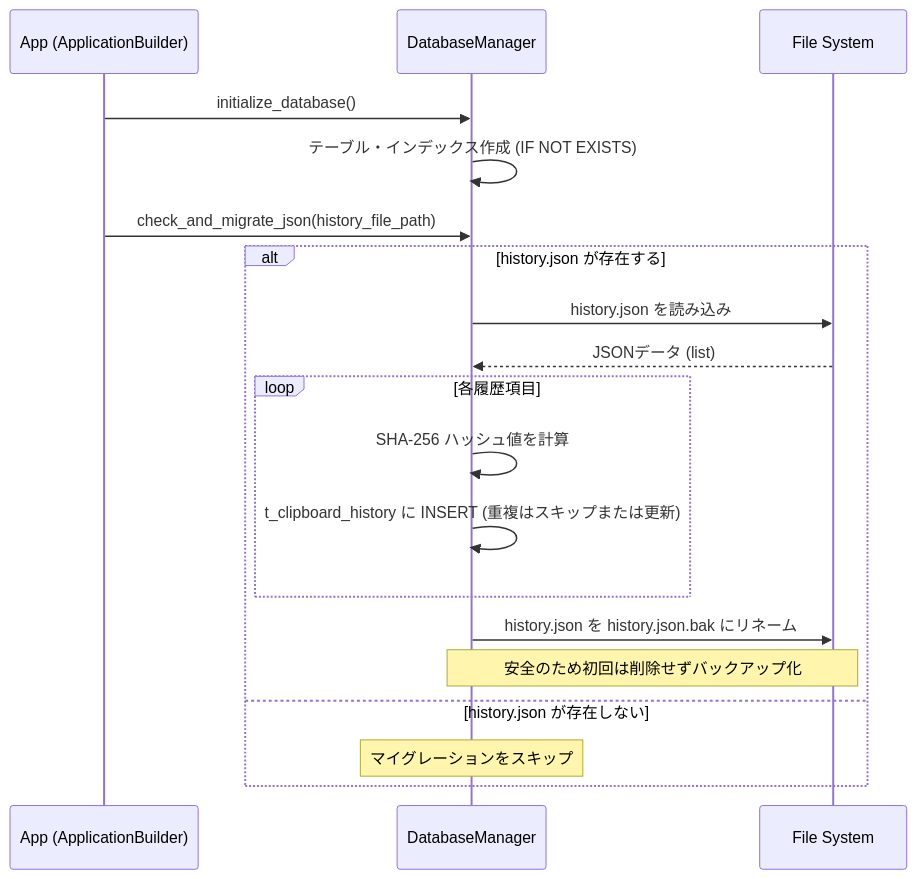
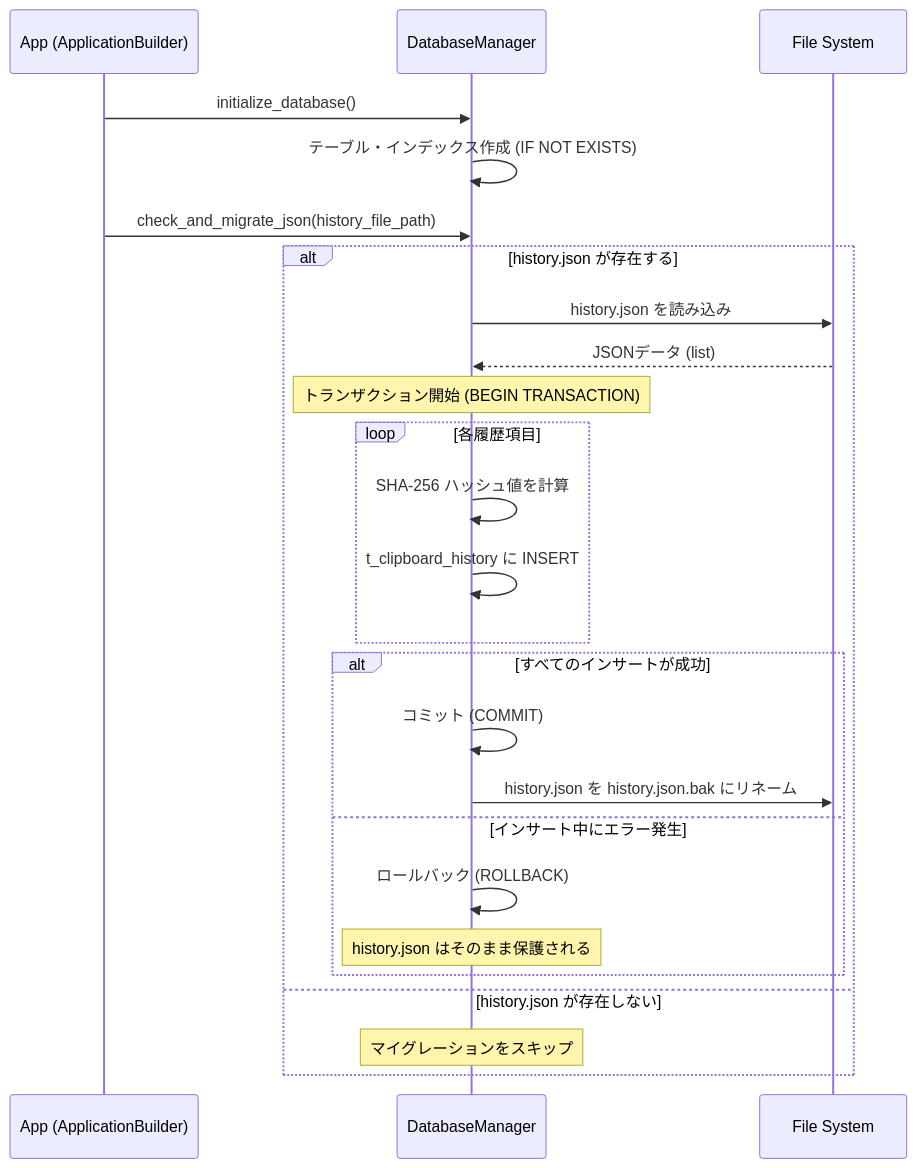
One commit to xzyozi/Clip_Watcher changed the first of 2 diagrams in doc/META_MANAGEMENT_DESIGN.md. Above: the diagram before and after it, drawn with Mermaid. The commit also changed other lines of this file, not shown here.

````diff
--- a/doc/META_MANAGEMENT_DESIGN.md
+++ b/doc/META_MANAGEMENT_DESIGN.md
@@ -56,22 +59,28 @@
 ```mermaid
 sequenceDiagram
     participant App as App (ApplicationBuilder)
     participant DBM as DatabaseManager
     participant FS as File System
 
     App->>DBM: initialize_database()
     DBM->>DBM: テーブル・インデックス作成 (IF NOT EXISTS)
     App->>DBM: check_and_migrate_json(history_file_path)
     alt history.json が存在する
         DBM->>FS: history.json を読み込み
         FS-->>DBM: JSONデータ (list)
+        Note over DBM: トランザクション開始 (BEGIN TRANSACTION)
         loop 各履歴項目
             DBM->>DBM: SHA-256 ハッシュ値を計算
-            DBM->>DBM: t_clipboard_history に INSERT (重複はスキップまたは更新)
+            DBM->>DBM: t_clipboard_history に INSERT
         end
-        DBM->>FS: history.json を history.json.bak にリネーム
-        Note over DBM,FS: 安全のため初回は削除せずバックアップ化
+        alt すべてのインサートが成功
+            DBM->>DBM: コミット (COMMIT)
+            DBM->>FS: history.json を history.json.bak にリネーム
+        else インサート中にエラー発生
+            DBM->>DBM: ロールバック (ROLLBACK)
+            Note over DBM: history.json はそのまま保護される
+        end
     else history.json が存在しない
         Note over DBM: マイグレーションをスキップ
     end
 ```
````
